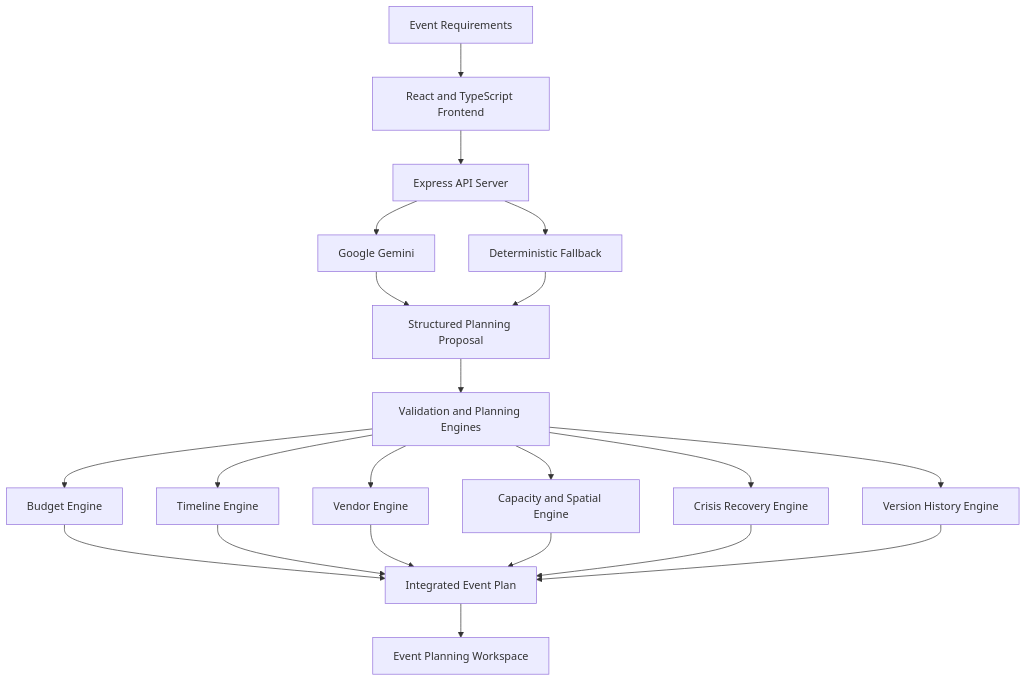
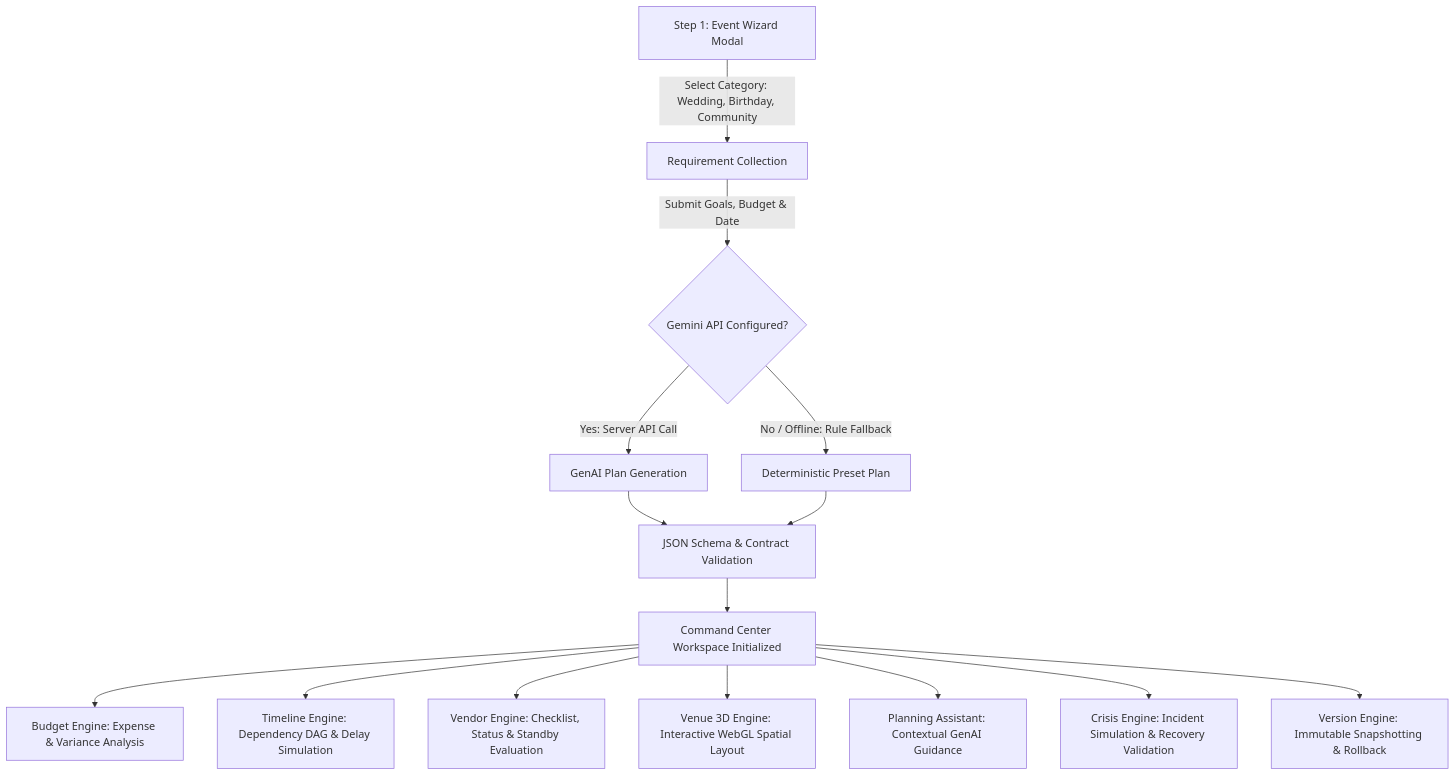
Before and after one commit to jeevanrao2007-debug/CELEBRA-AI: the first of 2 diagrams in README.md, drawn with Mermaid. The commit also changed other lines of this file and 14 other files, not shown here.

````diff
--- a/README.md
+++ b/README.md
@@ -160,26 +57,18 @@
 ```mermaid
 flowchart TD
-    A[Event Requirements] --> B[React and TypeScript Frontend]
-    B --> C[Express API Server]
-    C --> D[Google Gemini]
-    C --> E[Deterministic Fallback]
-    D --> F[Structured Planning Proposal]
+    A[Step 1: Event Wizard Modal] -->|Select Category: Wedding, Birthday, Community| B[Requirement Collection]
+    B -->|Submit Goals, Budget & Date| C{Gemini API Configured?}
+    C -->|Yes: Server API Call| D[GenAI Plan Generation]
+    C -->|No / Offline: Rule Fallback| E[Deterministic Preset Plan]
+    D --> F[JSON Schema & Contract Validation]
     E --> F
-    F --> G[Validation and Planning Engines]
-
-    G --> H[Budget Engine]
-    G --> I[Timeline Engine]
-    G --> J[Vendor Engine]
-    G --> K[Capacity and Spatial Engine]
-    G --> L[Crisis Recovery Engine]
-    G --> M[Version History Engine]
-
-    H --> N[Integrated Event Plan]
-    I --> N
-    J --> N
-    K --> N
-    L --> N
-    M --> N
-
-    N --> O[Event Planning Workspace]
+    F --> G[Command Center Workspace Initialized]
+    
+    G --> H[Budget Engine: Expense & Variance Analysis]
+    G --> I[Timeline Engine: Dependency DAG & Delay Simulation]
+    G --> J[Vendor Engine: Checklist, Status & Standby Evaluation]
+    G --> K[Venue 3D Engine: Interactive WebGL Spatial Layout]
+    G --> L[Planning Assistant: Contextual GenAI Guidance]
+    G --> M[Crisis Engine: Incident Simulation & Recovery Validation]
+    G --> N[Version Engine: Immutable Snapshotting & Rollback]
 ```
````
